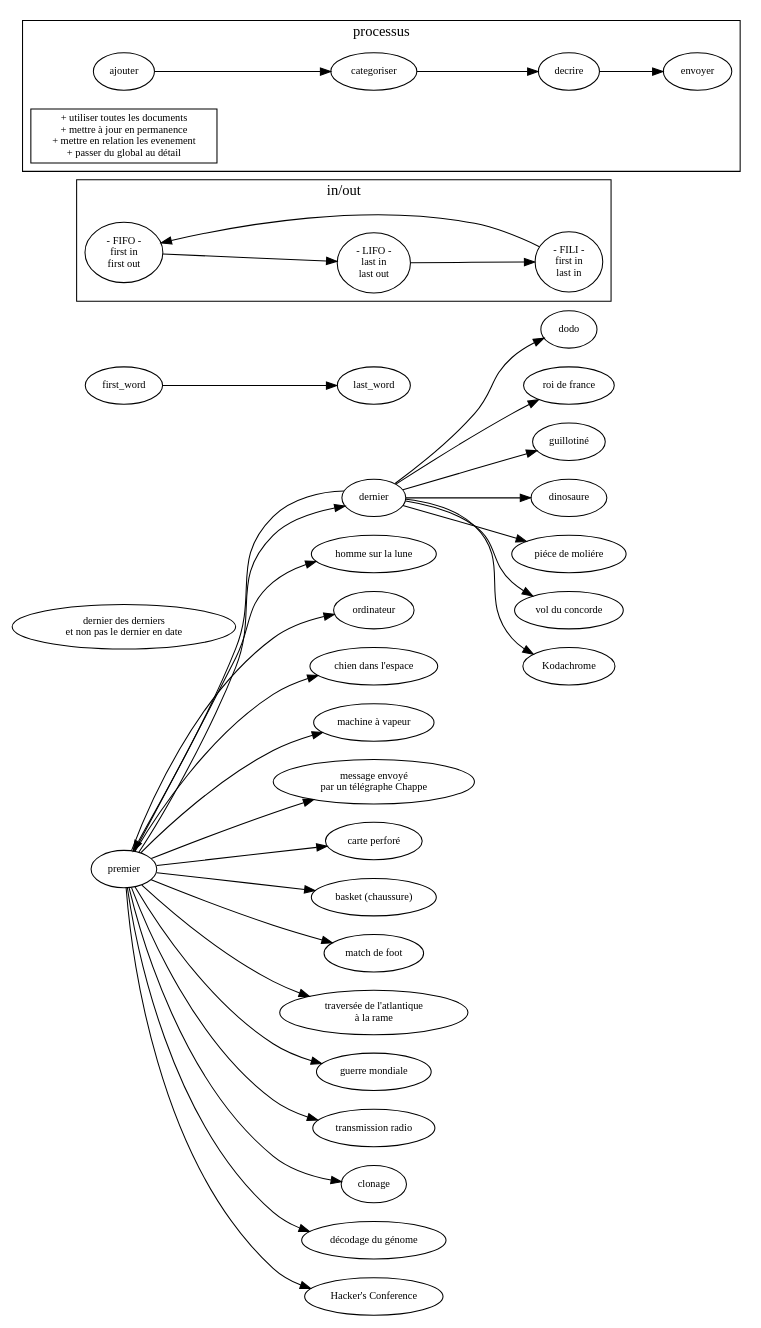
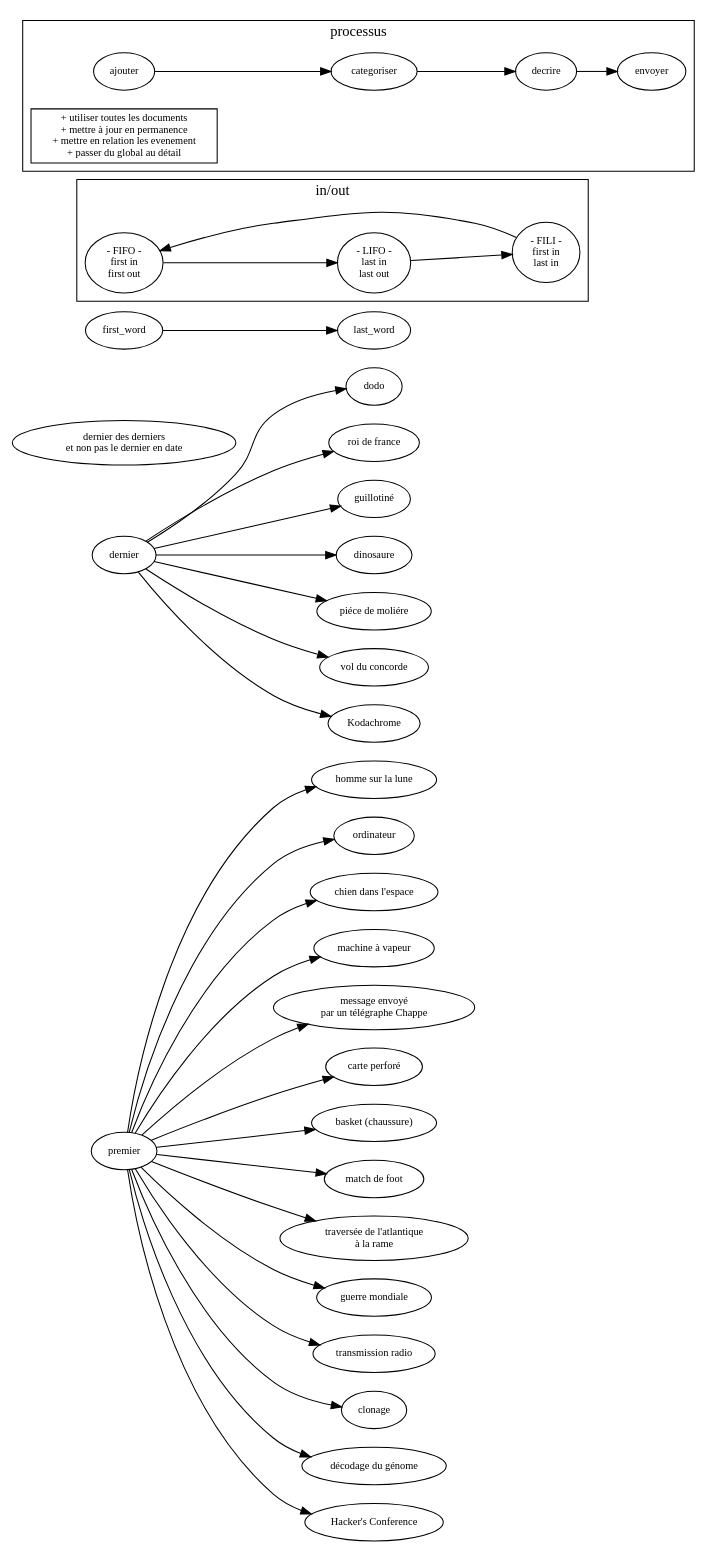
One commit to ensad-nancy/first-last changed the diagram in sujet.dot. Above: the diagram before and after it, drawn with Graphviz.

```diff
--- a/sujet.dot
+++ b/sujet.dot
@@ -1,70 +1,67 @@
 digraph {
 
 	layout= "dot"
 	
 
 	fontname="myriadpro"
 	fontsize = 14
 	rankdir="LR"
 	
 	
 	node [fontname="myriadpro", fontsize = 10]
 	edge [fontname="monaco", fontsize = 9]
 	
 	first [label="premier"]
 	last [label="dernier"]
-	
-	first -> last
-	last -> first
-	
+
 	"dernier des derniers\n et non pas le dernier en date" 
 
 	first -> "homme sur la lune"
 	first -> "ordinateur"
 	first -> "chien dans l'espace"
 	first -> "machine à vapeur"
 	first -> "message envoyé\npar un télégraphe Chappe"
 	first -> "carte perforé"
 	first -> "basket (chaussure)"
 	first -> "match de foot"
 	first -> "traversée de l'atlantique\nà la rame"
 	first -> "guerre mondiale"
 	first -> "transmission radio"
 	first -> "clonage"
 	first -> "décodage du génome"
 	first -> "Hacker's Conference"
 	
 	last -> dodo
 	last -> "roi de france"
 	last -> "guillotiné"
 	last -> "dinosaure"
 	last -> "piéce de moliére"
 	last -> "vol du concorde"
 	last -> "Kodachrome"
 
 	first_word -> last_word
 	subgraph cluster_FO{
 	
 		label="in/out"
 		
 		FIFO [label="- FIFO -\nfirst in\nfirst out"]
 		LIFO [label="- LIFO -\nlast in\nlast out"]
 		FILI [label="- FILI -\nfirst in\n last in"]
 
 		FILI -> FIFO -> LIFO -> FILI
 	}
 	
 	subgraph cluster_process {
 		
 		label="processus"
 		
 		//get [label="récolter"]
 		
 		ajouter -> categoriser -> decrire -> envoyer
 		
 		"+ utiliser toutes les documents
 + mettre à jour en permanence
 + mettre en relation les evenement
 + passer du global au détail" [ shape=box]
 	}
 }
```
